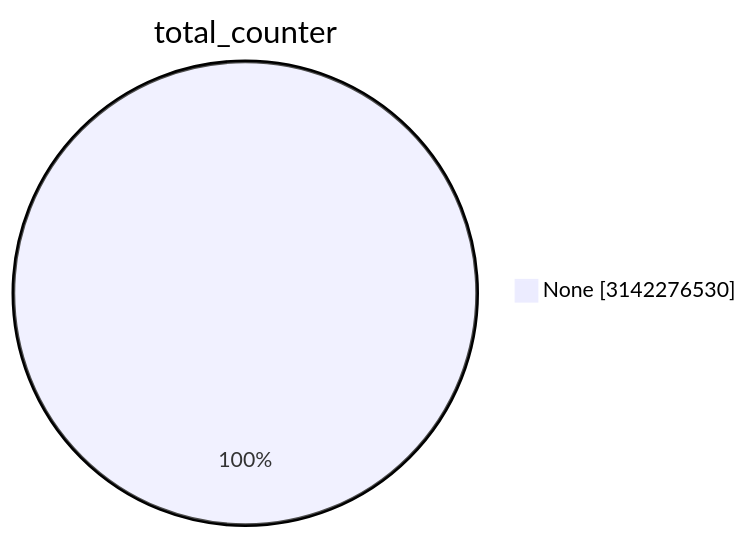
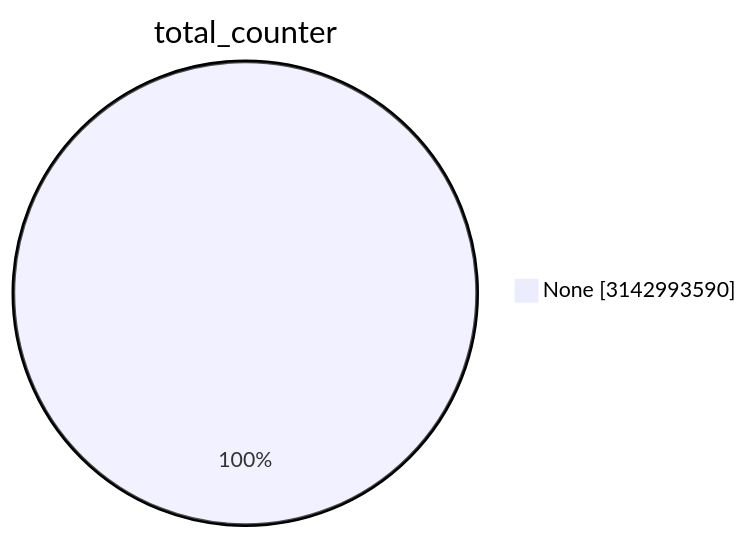
The first of 15 diagrams in TOTAL/README.md (christiankrug/ctmonitor_visualization), drawn with Mermaid before and after one commit. The commit also changed other lines of this file, not shown here.

````diff
--- a/TOTAL/README.md
+++ b/TOTAL/README.md
@@ -1,5 +1,5 @@
 ```mermaid
 pie showData
 title total_counter
-"None" :3142276530
+"None" :3142993590
 ```
````
